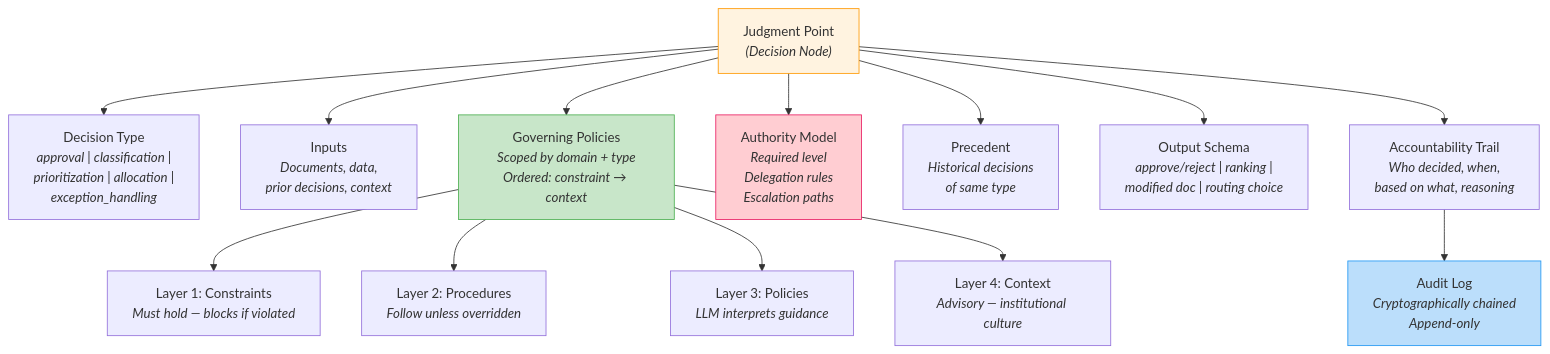
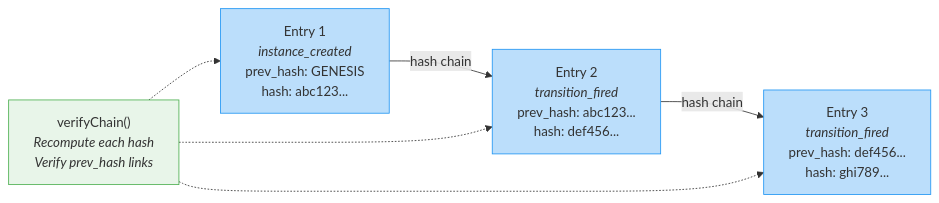
Before and after one commit to CyberHoward/cl-institute: the eighth of 10 diagrams in architecture-diagrams.md, drawn with Mermaid. The commit also changed other lines of this file and 46 other files, not shown here.

First line of the commit message:
chore: remove superseded modules, update docs to reflect core engine architecture

````diff
--- a/architecture-diagrams.md
+++ b/architecture-diagrams.md
@@ -458,30 +259,18 @@
 ```mermaid
-graph TB
-    dp["Judgment Point<br/><i>(Decision Node)</i>"]
+graph LR
+    e1["Entry 1<br/><i>instance_created</i><br/>prev_hash: GENESIS<br/>hash: abc123..."]
+    e2["Entry 2<br/><i>transition_fired</i><br/>prev_hash: abc123...<br/>hash: def456..."]
+    e3["Entry 3<br/><i>transition_fired</i><br/>prev_hash: def456...<br/>hash: ghi789..."]
 
-    dp --> dt["Decision Type<br/><i>approval | classification |<br/>prioritization | allocation |<br/>exception_handling</i>"]
+    e1 -->|"hash chain"| e2 -->|"hash chain"| e3
 
-    dp --> inputs["Inputs<br/><i>Documents, data,<br/>prior decisions, context</i>"]
+    verify["verifyChain()<br/><i>Recompute each hash<br/>Verify prev_hash links</i>"]
+    verify -.-> e1
+    verify -.-> e2
+    verify -.-> e3
 
-    dp --> gov["Governing Policies<br/><i>Scoped by domain + type</i><br/><i>Ordered: constraint → context</i>"]
-
-    dp --> auth["Authority Model<br/><i>Required level<br/>Delegation rules<br/>Escalation paths</i>"]
-
-    dp --> prec["Precedent<br/><i>Historical decisions<br/>of same type</i>"]
-
-    dp --> out["Output Schema<br/><i>approve/reject | ranking |<br/>modified doc | routing choice</i>"]
-
-    dp --> trail["Accountability Trail<br/><i>Who decided, when,<br/>based on what, reasoning</i>"]
-
-    gov --> l1["Layer 1: Constraints<br/><i>Must hold — blocks if violated</i>"]
-    gov --> l2["Layer 2: Procedures<br/><i>Follow unless overridden</i>"]
-    gov --> l3["Layer 3: Policies<br/><i>LLM interprets guidance</i>"]
-    gov --> l4["Layer 4: Context<br/><i>Advisory — institutional culture</i>"]
-
-    trail --> audit_log["Audit Log<br/><i>Cryptographically chained<br/>Append-only</i>"]
-
-    style dp fill:#fff3e0,stroke:#ff9800
-    style auth fill:#ffcdd2,stroke:#e91e63
-    style gov fill:#c8e6c9,stroke:#4caf50
-    style audit_log fill:#bbdefb,stroke:#2196f3
+    style e1 fill:#bbdefb,stroke:#2196f3
+    style e2 fill:#bbdefb,stroke:#2196f3
+    style e3 fill:#bbdefb,stroke:#2196f3
+    style verify fill:#e8f5e9,stroke:#4caf50
 ```
````
